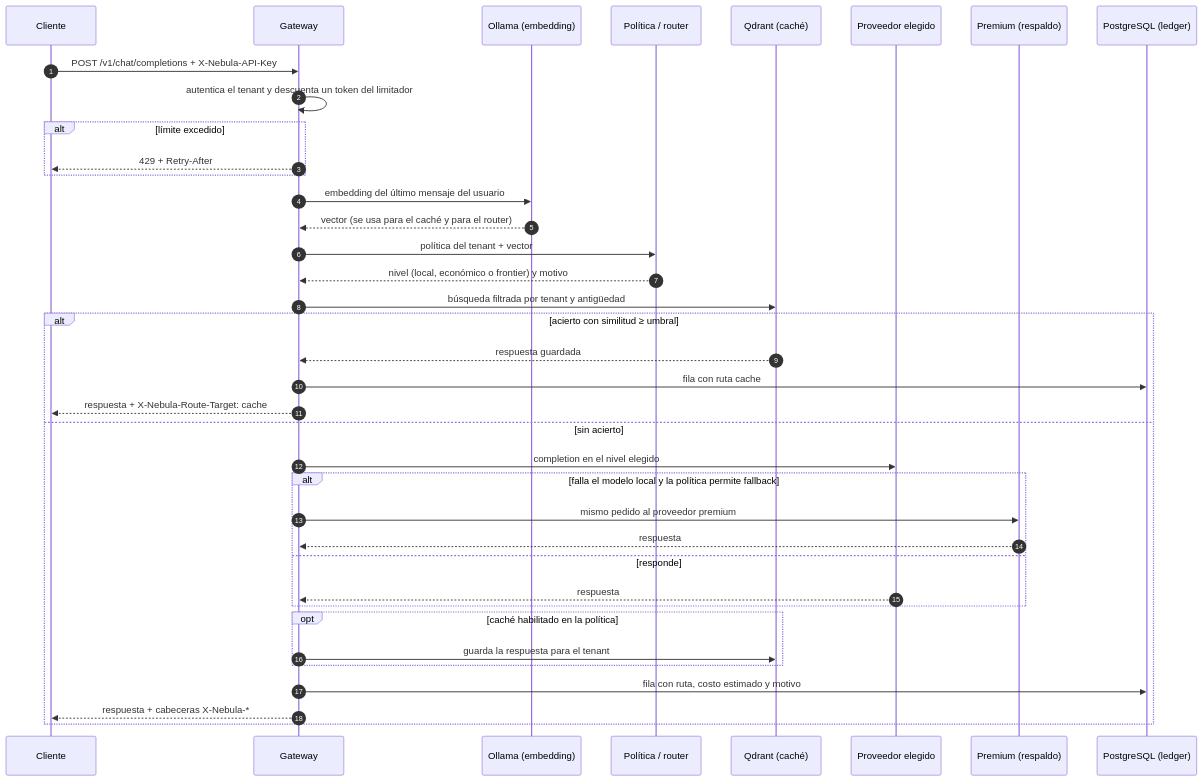
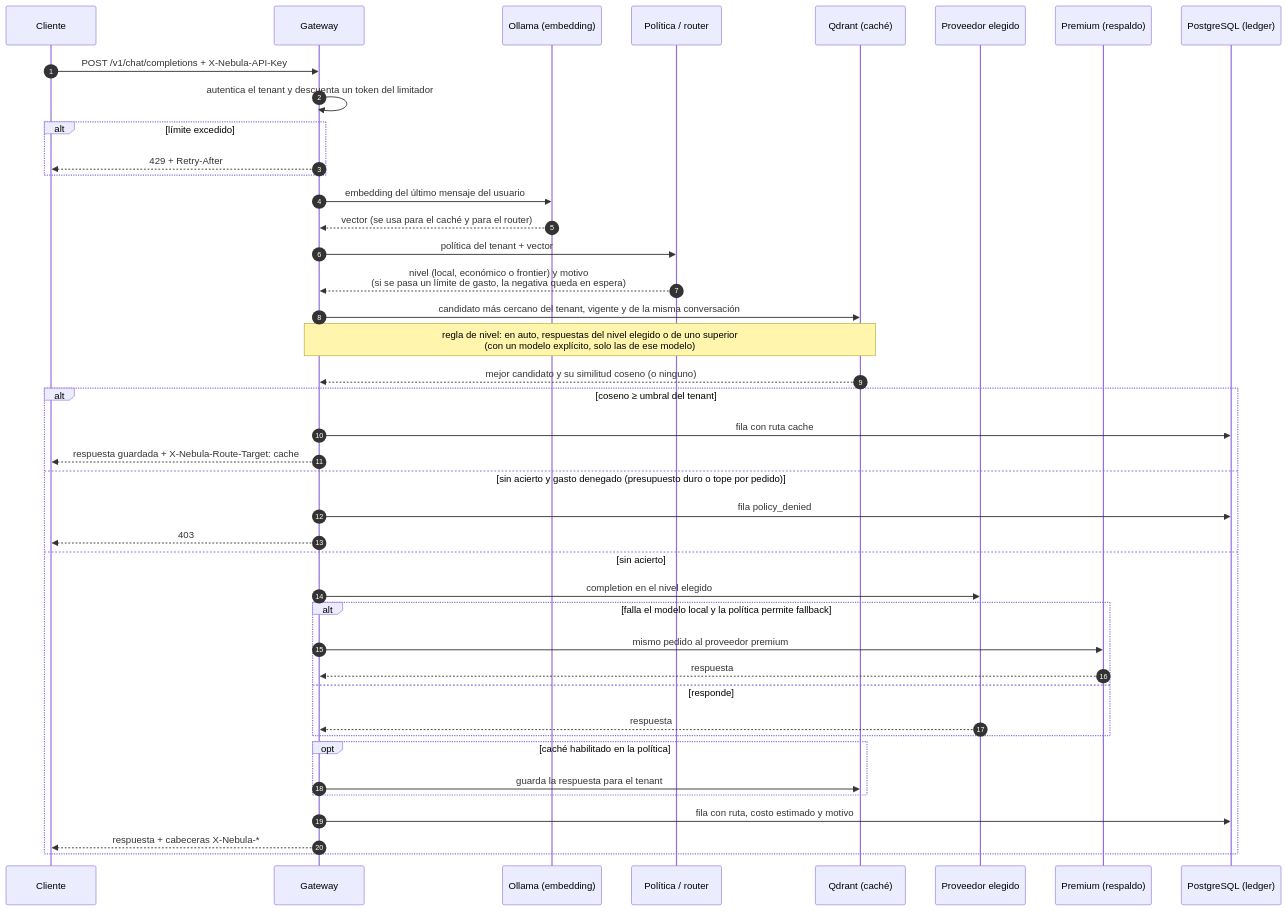
Before and after one commit to joacofg/nebula.ai: the diagram in docs/tfc/tesis/figuras/secuencia-request.mmd, drawn with Mermaid. The commit also changed 70 other files, not shown here.

```diff
--- a/docs/tfc/tesis/figuras/secuencia-request.mmd
+++ b/docs/tfc/tesis/figuras/secuencia-request.mmd
@@ -1,38 +1,42 @@
 sequenceDiagram
     autonumber
     participant C as Cliente
     participant G as Gateway
     participant E as Ollama (embedding)
     participant P as Política / router
     participant Q as Qdrant (caché)
     participant L as Proveedor elegido
     participant F as Premium (respaldo)
     participant D as PostgreSQL (ledger)
     C->>G: POST /v1/chat/completions + X-Nebula-API-Key
     G->>G: autentica el tenant y descuenta un token del limitador
     alt límite excedido
         G-->>C: 429 + Retry-After
     end
     G->>E: embedding del último mensaje del usuario
     E-->>G: vector (se usa para el caché y para el router)
     G->>P: política del tenant + vector
-    P-->>G: nivel (local, económico o frontier) y motivo
-    G->>Q: búsqueda filtrada por tenant y antigüedad
-    alt acierto con similitud ≥ umbral
-        Q-->>G: respuesta guardada
+    P-->>G: nivel (local, económico o frontier) y motivo<br/>(si se pasa un límite de gasto, la negativa queda en espera)
+    G->>Q: candidato más cercano del tenant, vigente y de la misma conversación
+    Note over G,Q: regla de nivel: en auto, respuestas del nivel elegido o de uno superior<br/>(con un modelo explícito, solo las de ese modelo)
+    Q-->>G: mejor candidato y su similitud coseno (o ninguno)
+    alt coseno ≥ umbral del tenant
         G->>D: fila con ruta cache
-        G-->>C: respuesta + X-Nebula-Route-Target: cache
+        G-->>C: respuesta guardada + X-Nebula-Route-Target: cache
+    else sin acierto y gasto denegado (presupuesto duro o tope por pedido)
+        G->>D: fila policy_denied
+        G-->>C: 403
     else sin acierto
         G->>L: completion en el nivel elegido
         alt falla el modelo local y la política permite fallback
             G->>F: mismo pedido al proveedor premium
             F-->>G: respuesta
         else responde
             L-->>G: respuesta
         end
         opt caché habilitado en la política
             G->>Q: guarda la respuesta para el tenant
         end
         G->>D: fila con ruta, costo estimado y motivo
         G-->>C: respuesta + cabeceras X-Nebula-*
     end
```
